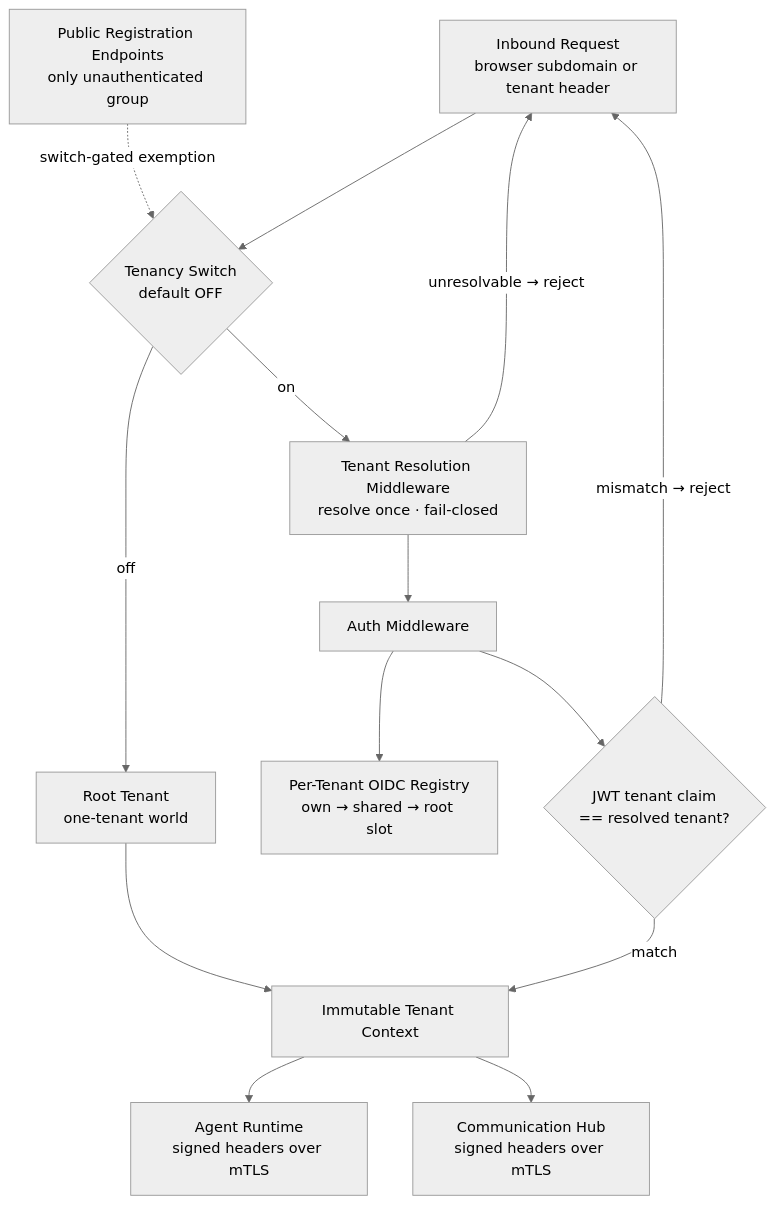
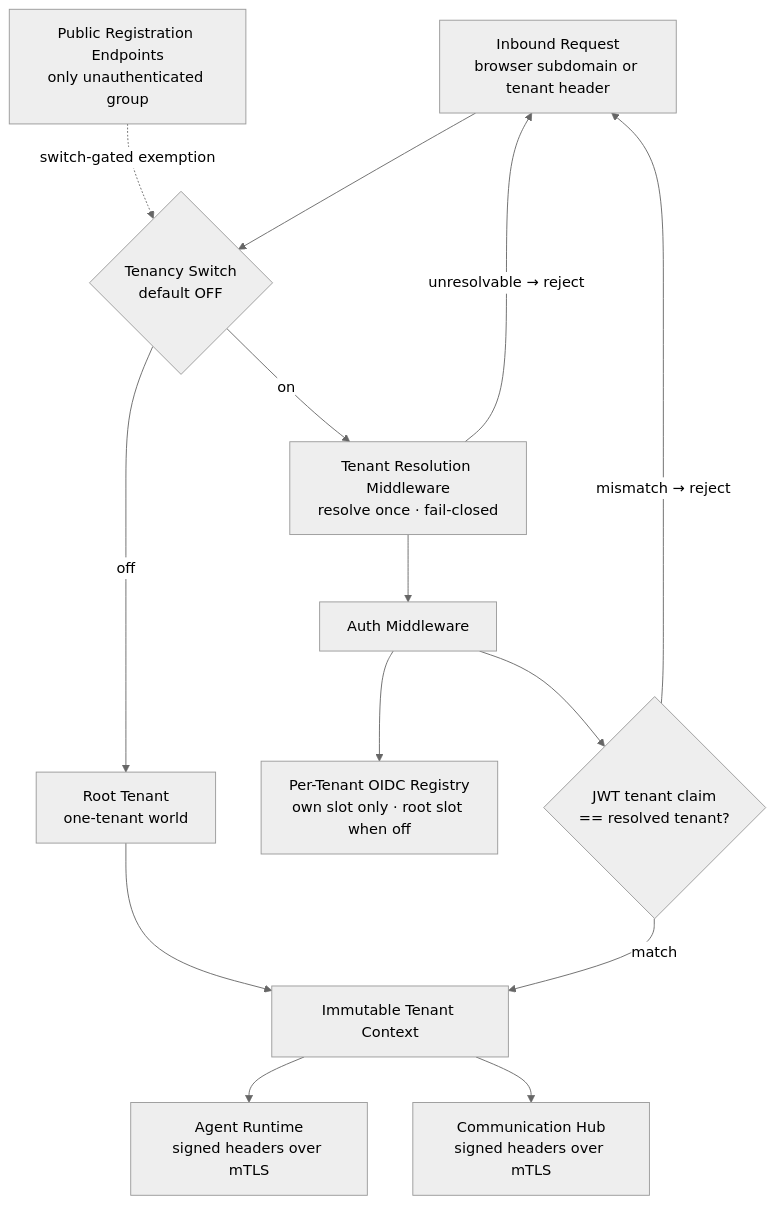
One commit to hurungang/parthenon changed the first of 3 diagrams in docs/master/architecture/modules/multi-tenancy.md. Above: the diagram before and after it, drawn with Mermaid (neutral theme). The commit also changed other lines of this file and 231 other files, not shown here.

````diff
--- a/docs/master/architecture/modules/multi-tenancy.md
+++ b/docs/master/architecture/modules/multi-tenancy.md
@@ -17,27 +28,27 @@
 ```mermaid
 flowchart TD
     REQ[Inbound Request<br/>browser subdomain or tenant header]
     SW{Tenancy Switch<br/>default OFF}
     ROOT[Root Tenant<br/>one-tenant world]
     TRM[Tenant Resolution Middleware<br/>resolve once · fail-closed]
     PUB[Public Registration Endpoints<br/>only unauthenticated group]
     AM[Auth Middleware]
-    POR[Per-Tenant OIDC Registry<br/>own → shared → root slot]
+    POR[Per-Tenant OIDC Registry<br/>own slot only · root slot when off]
     CHKC{JWT tenant claim<br/>== resolved tenant?}
     TC[Immutable Tenant Context]
     AR[Agent Runtime<br/>signed headers over mTLS]
     CH[Communication Hub<br/>signed headers over mTLS]
 
     REQ --> SW
     SW -->|off| ROOT --> TC
     SW -->|on| TRM
     PUB -.->|switch-gated exemption| SW
     TRM -->|unresolvable → reject| REQ
     TRM --> AM
     AM --> POR
     AM --> CHKC
     CHKC -->|mismatch → reject| REQ
     CHKC -->|match| TC
     TC --> AR
     TC --> CH
 ```
````
